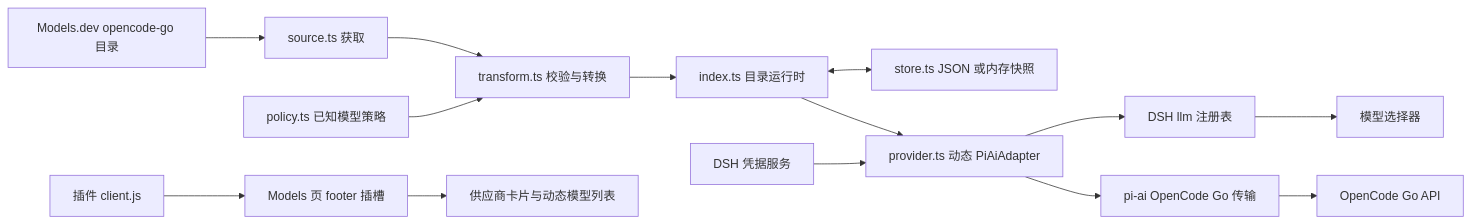
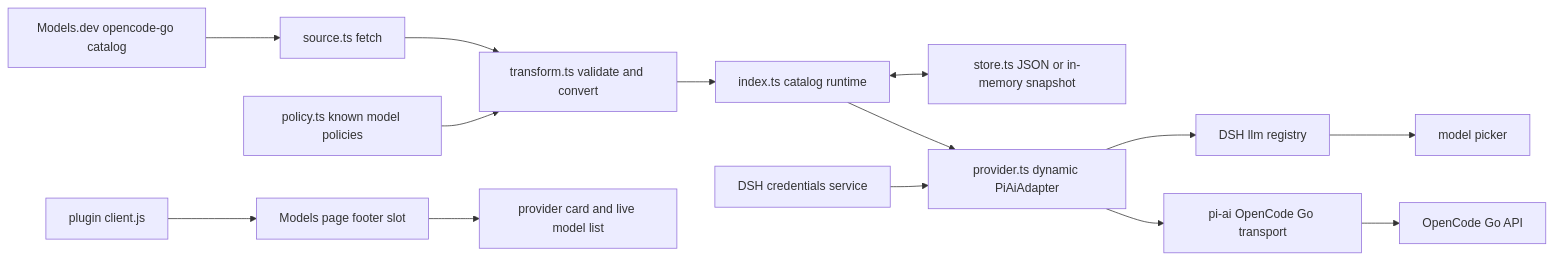
Before and after one commit to SkylerFee/dsh-llm-opencode-go-live: the first of 3 diagrams in docs/opencode-go-live-dynamic-catalog-design.md, drawn with Mermaid. The commit also changed other lines of this file and 7 other files, not shown here.

````diff
--- a/docs/opencode-go-live-dynamic-catalog-design.md
+++ b/docs/opencode-go-live-dynamic-catalog-design.md
@@ -7,16 +9,16 @@
 ```mermaid
 flowchart LR
-    A[Models.dev opencode-go 目录] --> B[source.ts 获取]
-    B --> C[transform.ts 校验与转换]
-    P[policy.ts 已知模型策略] --> C
-    C --> D[index.ts 目录运行时]
-    D <--> E[store.ts JSON 或内存快照]
-    D --> F[provider.ts 动态 PiAiAdapter]
-    F --> G[DSH llm 注册表]
-    G --> H[模型选择器]
-    L[插件 client.js] --> M[Models 页 footer 插槽]
-    M --> N[供应商卡片与动态模型列表]
-    I[DSH 凭据服务] --> F
-    F --> J[pi-ai OpenCode Go 传输]
+    A[Models.dev opencode-go catalog] --> B[source.ts fetch]
+    B --> C[transform.ts validate and convert]
+    P[policy.ts known model policies] --> C
+    C --> D[index.ts catalog runtime]
+    D <--> E[store.ts JSON or in-memory snapshot]
+    D --> F[provider.ts dynamic PiAiAdapter]
+    F --> G[DSH llm registry]
+    G --> H[model picker]
+    L[plugin client.js] --> M[Models page footer slot]
+    M --> N[provider card and live model list]
+    I[DSH credentials service] --> F
+    F --> J[pi-ai OpenCode Go transport]
     J --> K[OpenCode Go API]
 ```
````
